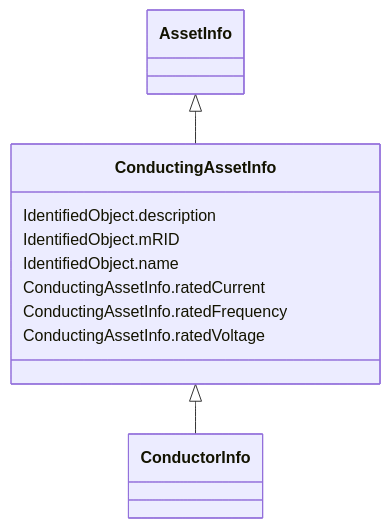
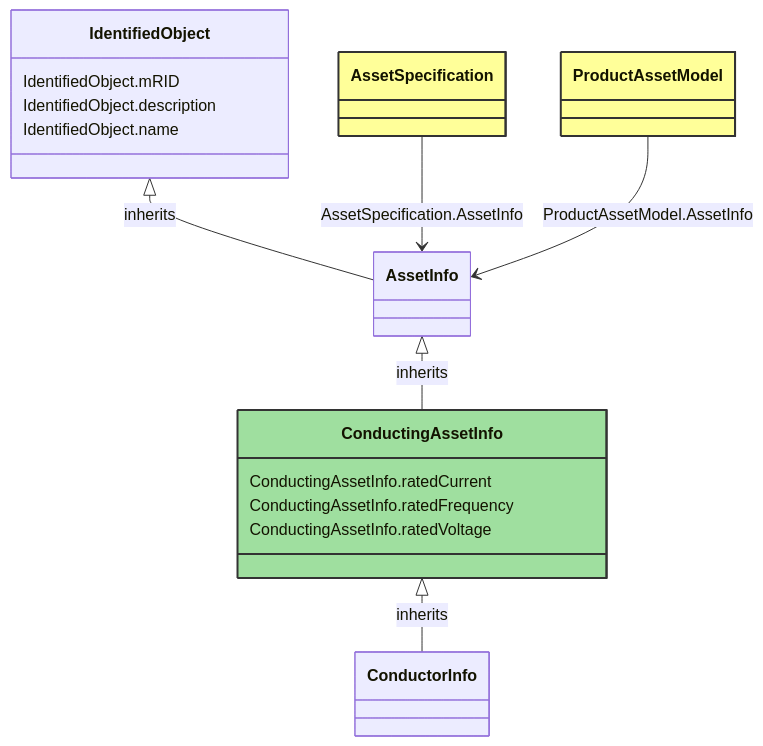
One commit to 3lbits/NoCIMExtensions changed the diagram in docs/SubseaCableInfo/ConductingAssetInfo.md. Above: the diagram before and after it, drawn with Mermaid. The commit also changed other lines of this file and 212 other files, not shown here.

````diff
--- a/docs/SubseaCableInfo/ConductingAssetInfo.md
+++ b/docs/SubseaCableInfo/ConductingAssetInfo.md
@@ -18,26 +10,43 @@
 ```mermaid
- classDiagram
+classDiagram
     class ConductingAssetInfo
     click ConductingAssetInfo href "../ConductingAssetInfo"
-      AssetInfo <|-- ConductingAssetInfo
-        click AssetInfo href "../AssetInfo"
-      
+    style ConductingAssetInfo fill:#9fdf9f,stroke:#333,stroke-width:2px,rx:10,ry:10
 
-      ConductingAssetInfo <|-- ConductorInfo
-        click ConductorInfo href "../ConductorInfo"
-      
-      
-      ConductingAssetInfo : IdentifiedObject.description
-        
-      ConductingAssetInfo : IdentifiedObject.mRID
-        
-      ConductingAssetInfo : IdentifiedObject.name
-        
-      ConductingAssetInfo : ConductingAssetInfo.ratedCurrent
-        
-      ConductingAssetInfo : ConductingAssetInfo.ratedFrequency
-        
-      ConductingAssetInfo : ConductingAssetInfo.ratedVoltage
-        
-      
+        ConductingAssetInfo <|-- ConductorInfo : inherits
+            click ConductingAssetInfo href "../ConductingAssetInfo"
+            style ConductingAssetInfo rx:10,ry:10
+
+        ConductorInfo
+            click ConductorInfo href "../ConductorInfo"
+            style ConductorInfo rx:10,ry:10
+
+        AssetInfo <|-- ConductingAssetInfo : inherits
+            click AssetInfo href "../AssetInfo"
+            style AssetInfo rx:10,ry:10
+
+        IdentifiedObject <|-- AssetInfo : inherits
+            click IdentifiedObject href "../IdentifiedObject"
+            style IdentifiedObject rx:10,ry:10
+
+
+        AssetSpecification --> AssetInfo : AssetSpecification.AssetInfo
+
+        AssetSpecification
+            click AssetSpecification href "../AssetSpecification"
+            style AssetSpecification fill:#ffff99,stroke:#333,stroke-width:2px,rx:10,ry:10
+
+        ProductAssetModel --> AssetInfo : ProductAssetModel.AssetInfo
+
+        ProductAssetModel
+            click ProductAssetModel href "../ProductAssetModel"
+            style ProductAssetModel fill:#ffff99,stroke:#333,stroke-width:2px,rx:10,ry:10
+
+
+        ConductingAssetInfo : ConductingAssetInfo.ratedCurrent
+        ConductingAssetInfo : ConductingAssetInfo.ratedFrequency
+        ConductingAssetInfo : ConductingAssetInfo.ratedVoltage
+        IdentifiedObject : IdentifiedObject.mRID
+        IdentifiedObject : IdentifiedObject.description
+        IdentifiedObject : IdentifiedObject.name
 ```
````
